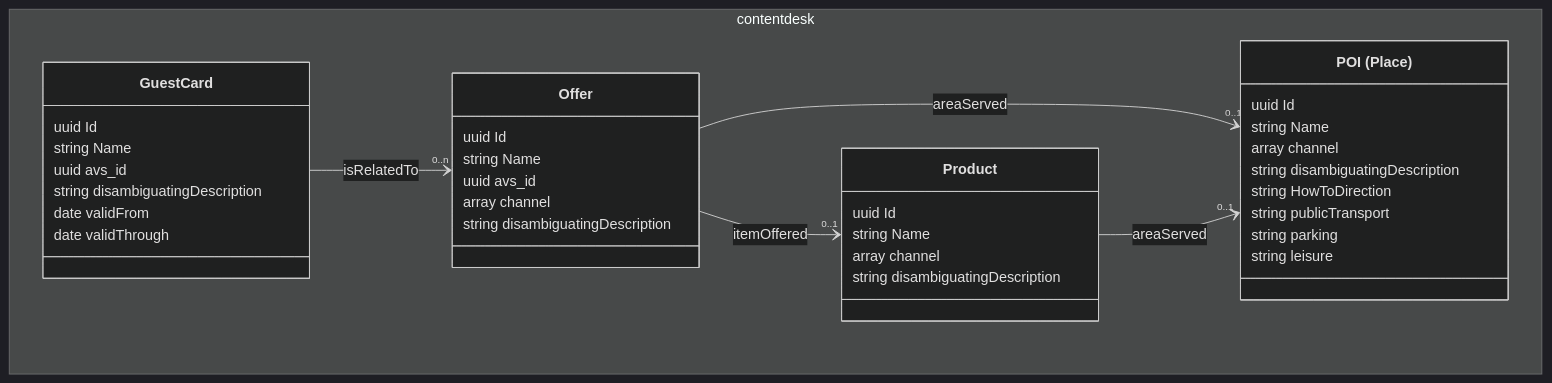
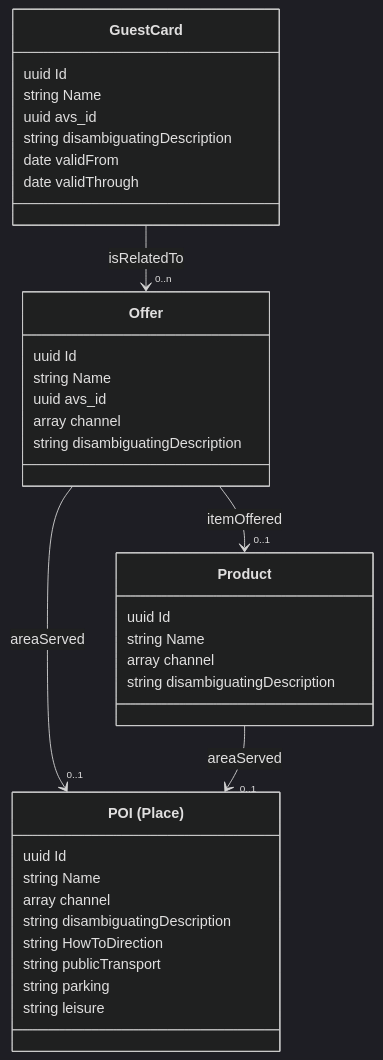
One commit to tsolenthaler/docs.contentdesk.io changed the fourth of 8 diagrams in docs/projects/glarnerlandApp.md. Above: the diagram before and after it, drawn with Mermaid (dark theme). The commit also changed other lines of this file, not shown here.

````diff
--- a/docs/projects/glarnerlandApp.md
+++ b/docs/projects/glarnerlandApp.md
@@ -122,45 +122,41 @@
 ``` mermaid
 classDiagram
     direction TB
-    namespace contentdesk {
         class GuestCard {
             uuid Id
             string Name
             uuid avs_id
             string disambiguatingDescription
             date validFrom
             date validThrough
         }
         class Product {
             uuid Id
             string Name
             array channel
             string disambiguatingDescription
         }
         class Offer {
             uuid Id
             string Name
             uuid avs_id
             array channel
             string disambiguatingDescription
         }
         class Place["POI (Place)"] {
             uuid Id
             string Name
             array channel
             string disambiguatingDescription
             string HowToDirection
             string publicTransport
             string parking
             string leisure
         }
-    }
-
     GuestCard --> "0..n" Offer : isRelatedTo
 
     Offer --> "0..1" Product : itemOffered
     Offer --> "0..1" Place : areaServed
     
     Product --> "0..1" Place : areaServed
-
 ```
````
